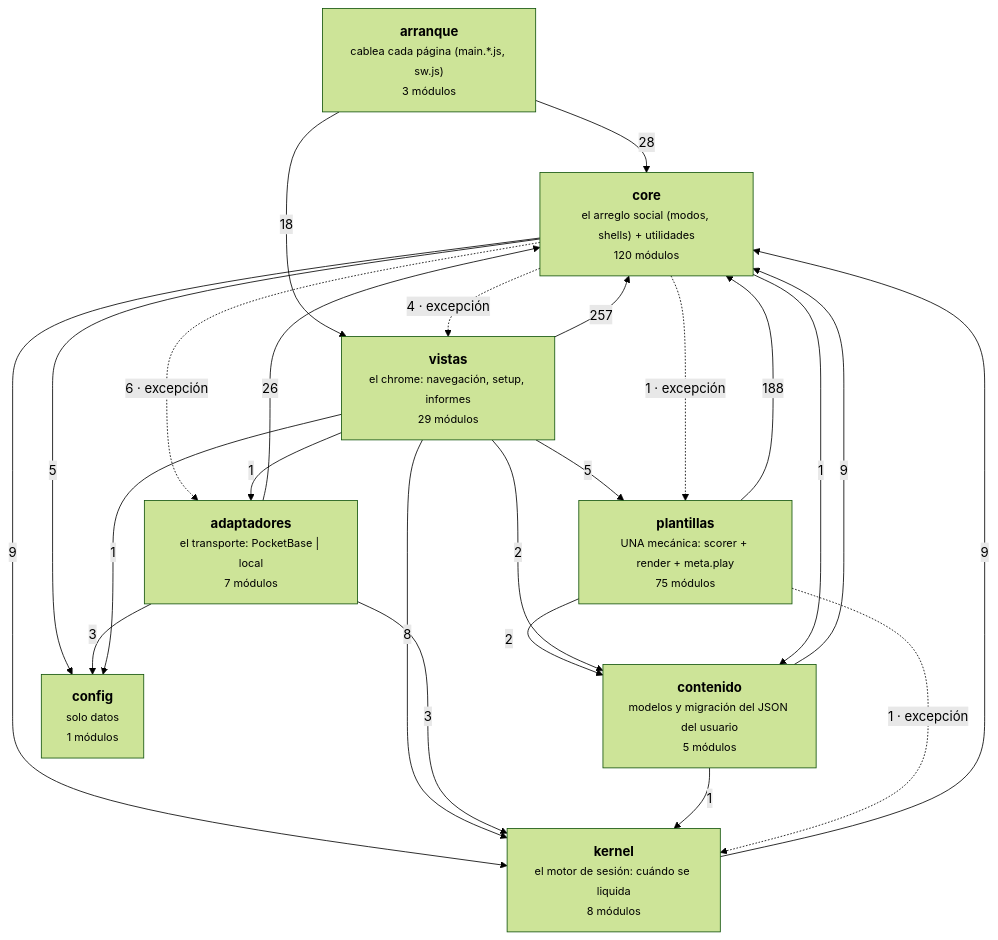
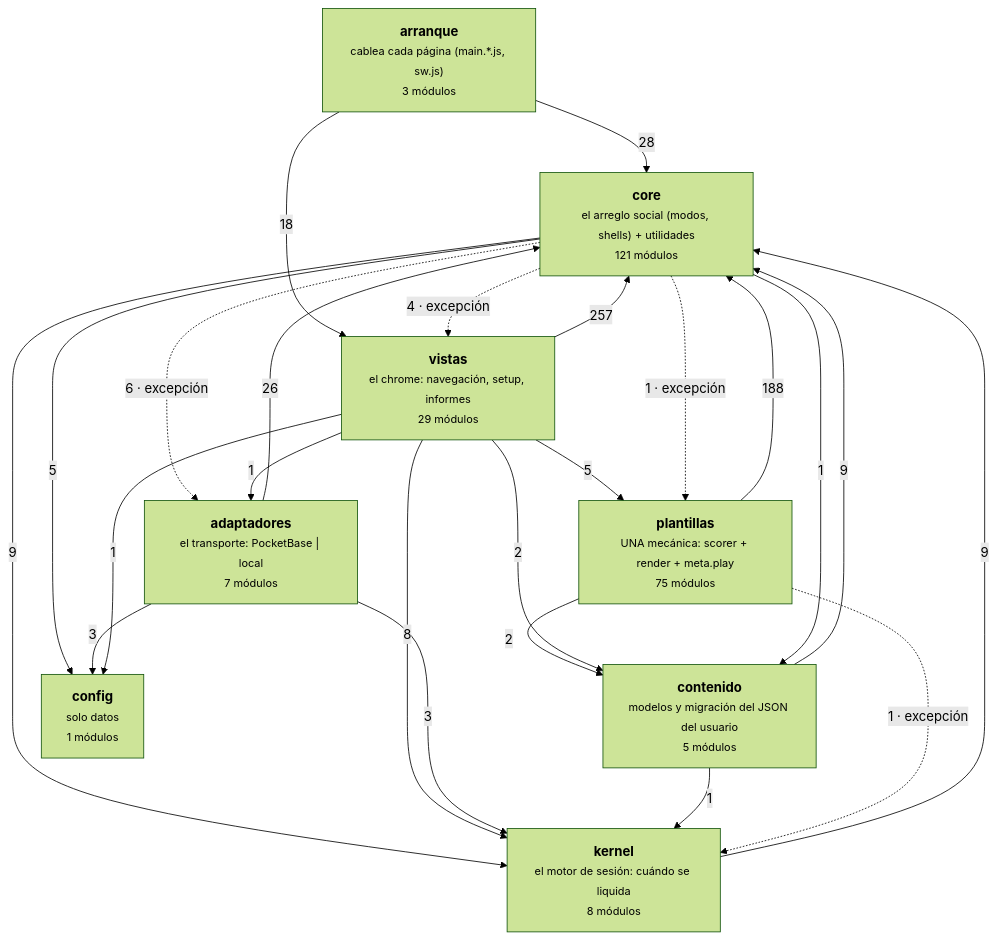
One commit to duecaz/ac changed the diagram in docs/arquitectura-modulos.md. Above: the diagram before and after it, drawn with Mermaid (forest theme). The commit also changed other lines of this file and 6 other files, not shown here.

````diff
--- a/docs/arquitectura-modulos.md
+++ b/docs/arquitectura-modulos.md
@@ -49,34 +49,34 @@
 ```mermaid
 graph TD
   A["<b>arranque</b><br/><small>cablea cada página (main.*.js, sw.js)</small><br/><small>3 módulos</small>"]
   V["<b>vistas</b><br/><small>el chrome: navegación, setup, informes</small><br/><small>29 módulos</small>"]
   AD["<b>adaptadores</b><br/><small>el transporte: PocketBase | local</small><br/><small>7 módulos</small>"]
-  C["<b>core</b><br/><small>el arreglo social (modos, shells) + utilidades</small><br/><small>120 módulos</small>"]
+  C["<b>core</b><br/><small>el arreglo social (modos, shells) + utilidades</small><br/><small>121 módulos</small>"]
   K["<b>kernel</b><br/><small>el motor de sesión: cuándo se liquida</small><br/><small>8 módulos</small>"]
   T["<b>plantillas</b><br/><small>UNA mecánica: scorer + render + meta.play</small><br/><small>75 módulos</small>"]
   CO["<b>contenido</b><br/><small>modelos y migración del JSON del usuario</small><br/><small>5 módulos</small>"]
   CF["<b>config</b><br/><small>solo datos</small><br/><small>1 módulos</small>"]
   V -->|257| C
   T -->|188| C
   A -->|28| C
   AD -->|26| C
   A -->|18| V
   C -->|9| K
   CO -->|9| C
   K -->|9| C
   V -->|8| K
   C -.->|6 · excepción| AD
   C -->|5| CF
   V -->|5| T
   C -.->|4 · excepción| V
   AD -->|3| CF
   AD -->|3| K
   T -->|2| CO
   V -->|2| CO
   C -.->|1 · excepción| T
   C -->|1| CO
   CO -->|1| K
   T -.->|1 · excepción| K
   V -->|1| AD
   V -->|1| CF
 ```
````
